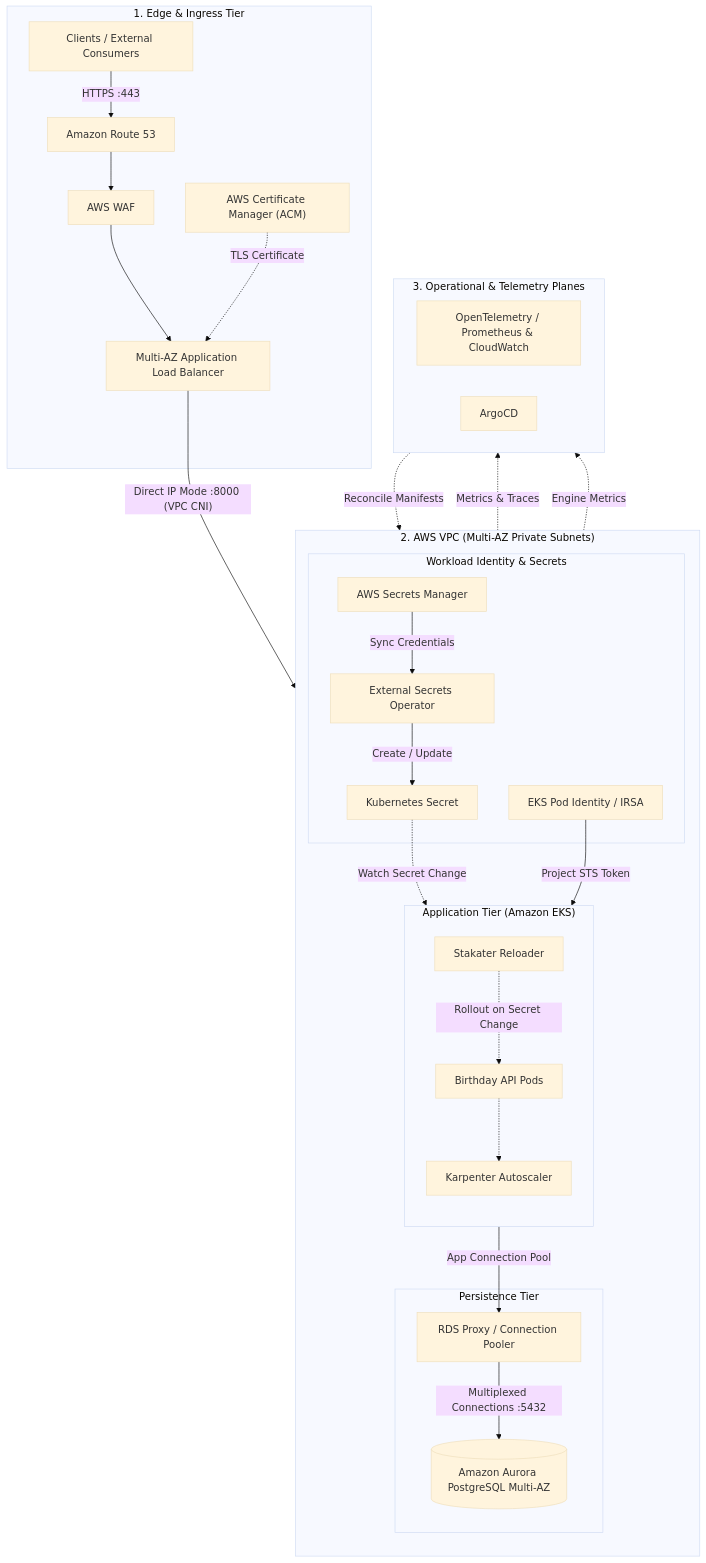
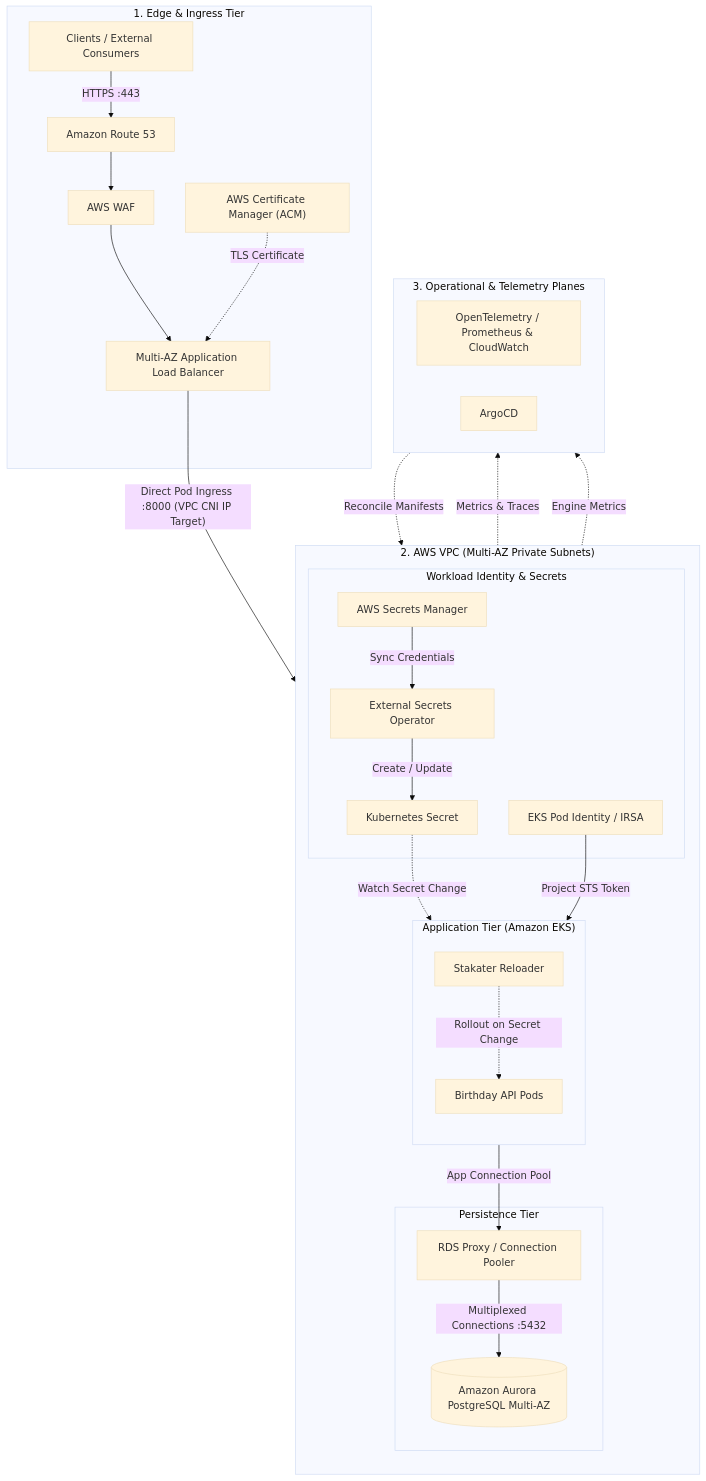
Before and after one commit to dgonzalezruiz/chronos-birthday-api: the diagram in architecture/architecture.mmd, drawn with Mermaid (base theme).

Commit message:
Update architecture diagram
Karpenter already described on document, just adds clutter to the diagram.

```diff
--- a/architecture/architecture.mmd
+++ b/architecture/architecture.mmd
@@ -1,58 +1,56 @@
 flowchart TD
     subgraph Edge [" 1. Edge & Ingress Tier "]
         Client["Clients / External Consumers"]
         R53["Amazon Route 53"]
         WAF["AWS WAF"]
         ACM["AWS Certificate Manager (ACM)"]
         ALB["Multi-AZ Application Load Balancer"]
 
         Client -->|HTTPS :443| R53
         R53 --> WAF
         WAF --> ALB
         ACM -.->|TLS Certificate| ALB
     end
 
     subgraph VPC [" 2. AWS VPC (Multi-AZ Private Subnets) "]
         direction TB
 
         subgraph EKS [" Application Tier (Amazon EKS) "]
             direction TB
             Pods["Birthday API Pods"]
-            Karpenter["Karpenter Autoscaler"]
             Reloader["Stakater Reloader"]
 
-            Pods -.-> Karpenter
             Reloader -.->|Rollout on Secret Change| Pods
         end
 
         subgraph Persistence [" Persistence Tier "]
             Proxy["RDS Proxy / Connection Pooler"]
             DB[("Amazon Aurora PostgreSQL Multi-AZ")]
             Proxy -->|Multiplexed Connections :5432| DB
         end
 
         subgraph SecurityControls [" Workload Identity & Secrets "]
             SecMgr["AWS Secrets Manager"]
             ESO["External Secrets Operator"]
             K8sSecret["Kubernetes Secret"]
             IRSA["EKS Pod Identity / IRSA"]
 
             SecMgr -->|Sync Credentials| ESO
             ESO -->|Create / Update| K8sSecret
             K8sSecret -.->|Watch Secret Change| Reloader
         end
     end
 
-    ALB -->|"Direct IP Mode :8000 (VPC CNI)"| Pods
+    ALB -->|"Direct Pod Ingress :8000 (VPC CNI IP Target)"| Pods
     Pods -->|App Connection Pool| Proxy
     IRSA -->|Project STS Token| Pods
 
     subgraph Operations [" 3. Operational & Telemetry Planes "]
         direction LR
         Obs["OpenTelemetry / Prometheus & CloudWatch"]
         GitOps["ArgoCD"]
     end
 
     Pods -.->|Metrics & Traces| Obs
     DB -.->|Engine Metrics| Obs
     GitOps -.->|Reconcile Manifests| Pods
```
